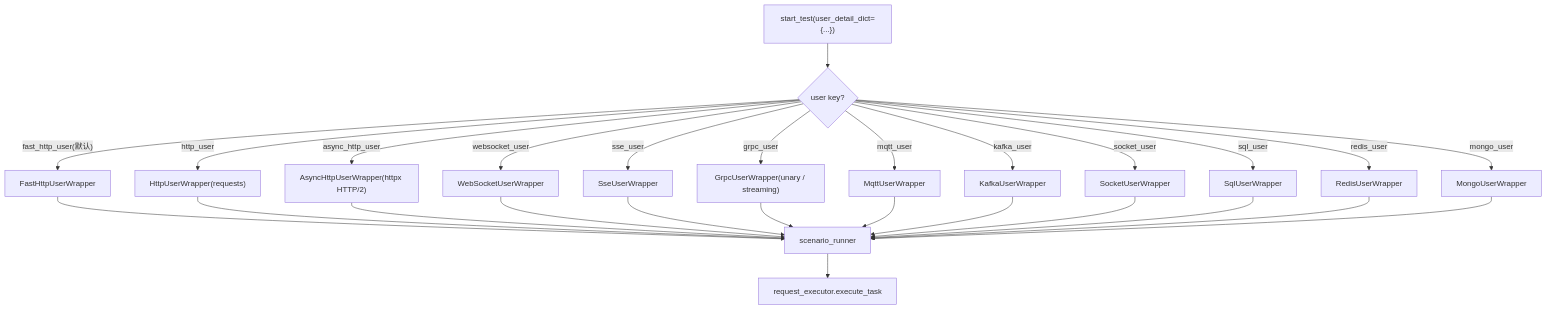
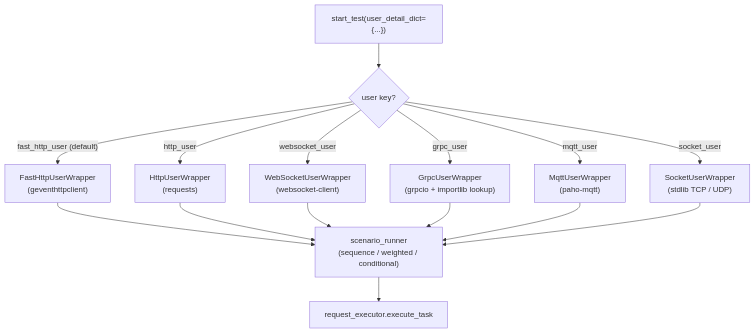
One commit to Integration-Automation/LoadDensity changed the third of 3 diagrams in README/README_zh-CN.md. Above: the diagram before and after it, drawn with Mermaid. The commit also changed other lines of this file and 1 other file, not shown here.

````diff
--- a/README/README_zh-CN.md
+++ b/README/README_zh-CN.md
@@ -220,18 +232,12 @@
 ```mermaid
 flowchart TB
   CMD["start_test(user_detail_dict={...})"] --> KEY{"user key?"}
-  KEY -- "fast_http_user(默认)" --> FH["FastHttpUserWrapper"]
-  KEY -- "http_user" --> H["HttpUserWrapper(requests)"]
-  KEY -- "async_http_user" --> AH["AsyncHttpUserWrapper(httpx HTTP/2)"]
-  KEY -- "websocket_user" --> WS["WebSocketUserWrapper"]
-  KEY -- "sse_user" --> SS["SseUserWrapper"]
-  KEY -- "grpc_user" --> G["GrpcUserWrapper(unary / streaming)"]
-  KEY -- "mqtt_user" --> M["MqttUserWrapper"]
-  KEY -- "kafka_user" --> K["KafkaUserWrapper"]
-  KEY -- "socket_user" --> S["SocketUserWrapper"]
-  KEY -- "sql_user" --> SQ["SqlUserWrapper"]
-  KEY -- "redis_user" --> R["RedisUserWrapper"]
-  KEY -- "mongo_user" --> MO["MongoUserWrapper"]
-  FH & H & AH & WS & SS & G & M & K & S & SQ & R & MO --> SC["scenario_runner"]
+  KEY -- "fast_http_user (default)" --> FH["FastHttpUserWrapper<br/>(geventhttpclient)"]
+  KEY -- "http_user" --> H["HttpUserWrapper<br/>(requests)"]
+  KEY -- "websocket_user" --> WS["WebSocketUserWrapper<br/>(websocket-client)"]
+  KEY -- "grpc_user" --> G["GrpcUserWrapper<br/>(grpcio + importlib lookup)"]
+  KEY -- "mqtt_user" --> M["MqttUserWrapper<br/>(paho-mqtt)"]
+  KEY -- "socket_user" --> S["SocketUserWrapper<br/>(stdlib TCP / UDP)"]
+  FH & H & WS & G & M & S --> SC["scenario_runner<br/>(sequence / weighted / conditional)"]
   SC --> RX["request_executor.execute_task"]
 ```
````
